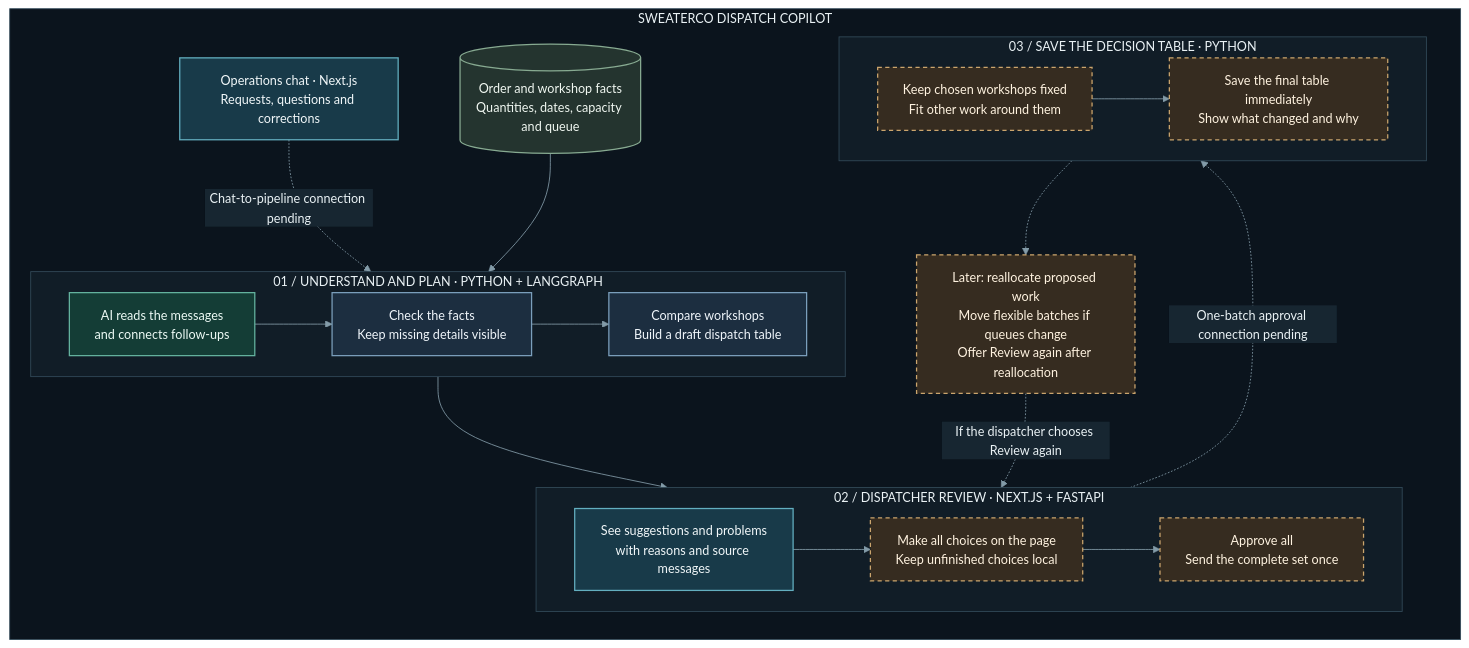
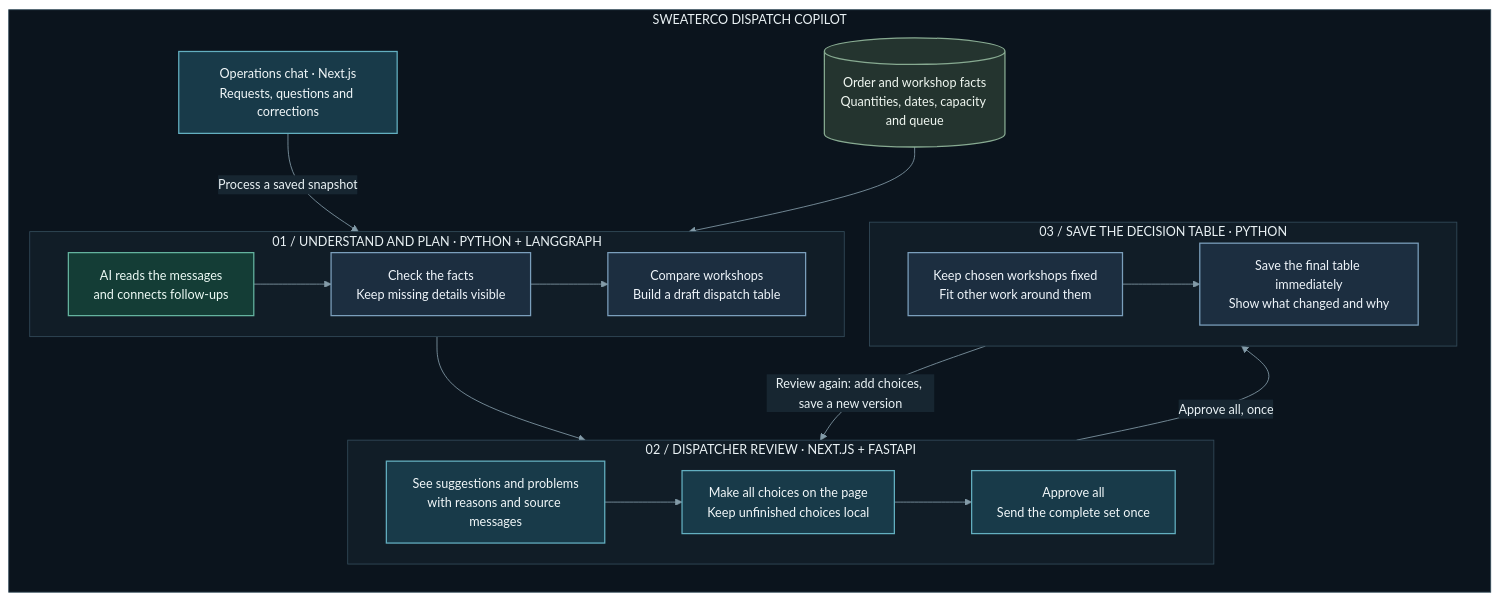
One commit to adityaviolin824/AI-Assisted-Factory-Dispatcher changed the first of 2 diagrams in README.md. Above: the diagram before and after it, drawn with Mermaid. The commit also changed other lines of this file and 61 other files, not shown here.

````diff
--- a/README.md
+++ b/README.md
@@ -55,68 +56,64 @@
 ```mermaid
 ---
 config:
   theme: base
   look: classic
   markdownAutoWrap: false
   themeVariables:
     fontFamily: system-ui, sans-serif
     fontSize: 15px
     primaryTextColor: "#EAF2F5"
     textColor: "#EAF2F5"
     lineColor: "#839BA8"
     clusterBkg: "#111D27"
     clusterBorder: "#334B5A"
     titleColor: "#EAF2F5"
     edgeLabelBackground: "#172631"
   flowchart:
     curve: basis
     nodeSpacing: 30
     rankSpacing: 42
 ---
 flowchart TB
     subgraph PRODUCT["SWEATERCO DISPATCH COPILOT"]
         direction TB
 
         TEAM["Operations chat · Next.js<br/>Requests, questions and corrections"]:::screen
         FACTS[("Order and workshop facts<br/>Quantities, dates, capacity and queue")]:::data
 
         subgraph PROCESSING["01 / UNDERSTAND AND PLAN · PYTHON + LANGGRAPH"]
             direction LR
             READ["AI reads the messages<br/>and connects follow-ups"]:::ai
             CHECK["Check the facts<br/>Keep missing details visible"]:::logic
             PLAN["Compare workshops<br/>Build a draft dispatch table"]:::logic
             READ --> CHECK --> PLAN
         end
 
         subgraph DISPATCHER["02 / DISPATCHER REVIEW · NEXT.JS + FASTAPI"]
             direction LR
             VIEW["See suggestions and problems<br/>with reasons and source messages"]:::screen
-            CHOOSE["Make all choices on the page<br/>Keep unfinished choices local"]:::pending
-            APPROVE["Approve all<br/>Send the complete set once"]:::pending
+            CHOOSE["Make all choices on the page<br/>Keep unfinished choices local"]:::screen
+            APPROVE["Approve all<br/>Send the complete set once"]:::screen
             VIEW --> CHOOSE --> APPROVE
         end
 
         subgraph RESULT["03 / SAVE THE DECISION TABLE · PYTHON"]
             direction LR
-            APPLY["Keep chosen workshops fixed<br/>Fit other work around them"]:::pending
-            SAVE["Save the final table immediately<br/>Show what changed and why"]:::pending
+            APPLY["Keep chosen workshops fixed<br/>Fit other work around them"]:::logic
+            SAVE["Save the final table immediately<br/>Show what changed and why"]:::logic
             APPLY --> SAVE
         end
 
-        LATER["Later: reallocate proposed work<br/>Move flexible batches if queues change<br/>Offer Review again after reallocation"]:::pending
-
-        TEAM -. "Chat-to-pipeline connection pending" .-> PROCESSING
+        TEAM -- "Process a saved snapshot" --> PROCESSING
         FACTS --> PROCESSING
         PROCESSING --> DISPATCHER
-        DISPATCHER -. "One-batch approval connection pending" .-> RESULT
-        RESULT -.-> LATER
-        LATER -. "If the dispatcher chooses Review again" .-> DISPATCHER
+        DISPATCHER -- "Approve all, once" --> RESULT
+        RESULT -- "Review again: add choices, save a new version" --> DISPATCHER
     end
 
     classDef screen fill:#183A49,stroke:#63AFC0,color:#F1F7F9,stroke-width:1.5px
     classDef ai fill:#143D36,stroke:#64B39F,color:#EDFAF5,stroke-width:1.5px
     classDef logic fill:#1C2E40,stroke:#7B9FBC,color:#EFF5FA,stroke-width:1.5px
     classDef data fill:#24342F,stroke:#87AA91,color:#F0F7F1,stroke-width:1.5px
-    classDef pending fill:#362C20,stroke:#CBA56D,color:#FFF3E0,stroke-width:1.5px,stroke-dasharray:5 4
     style PRODUCT fill:#0B141D,stroke:#334B5A,stroke-width:1px
 ```
````
